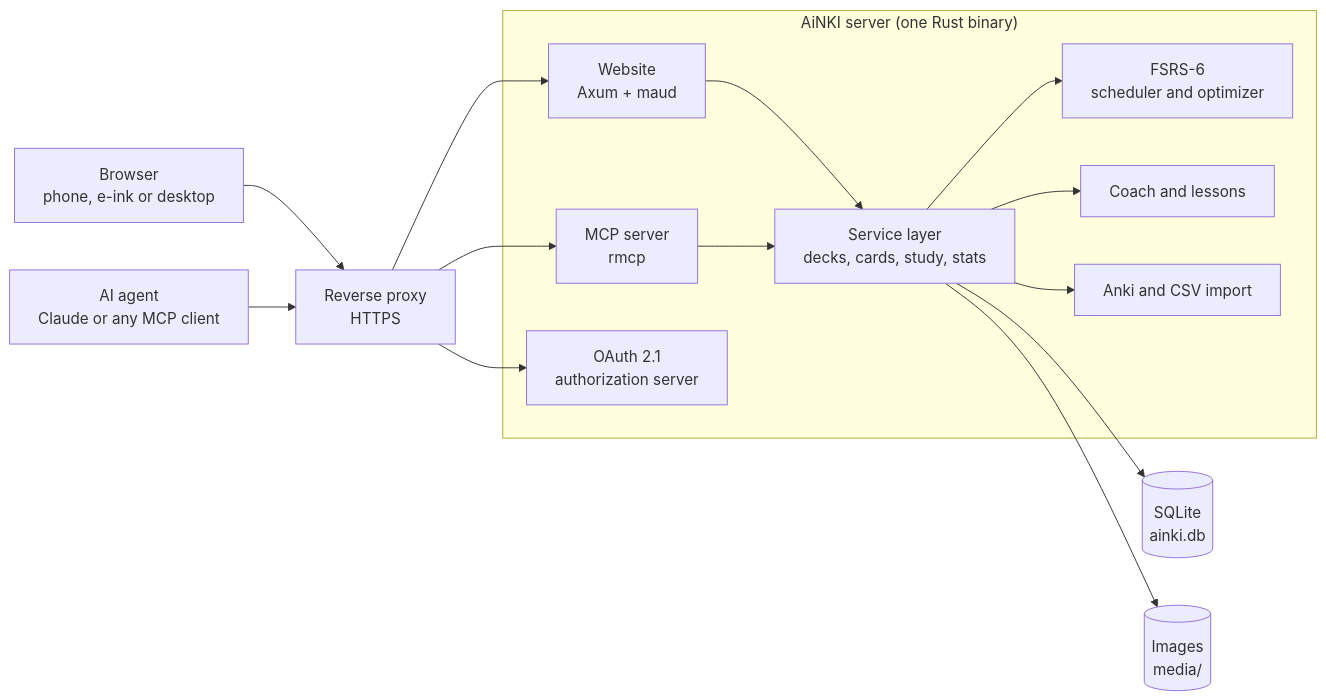
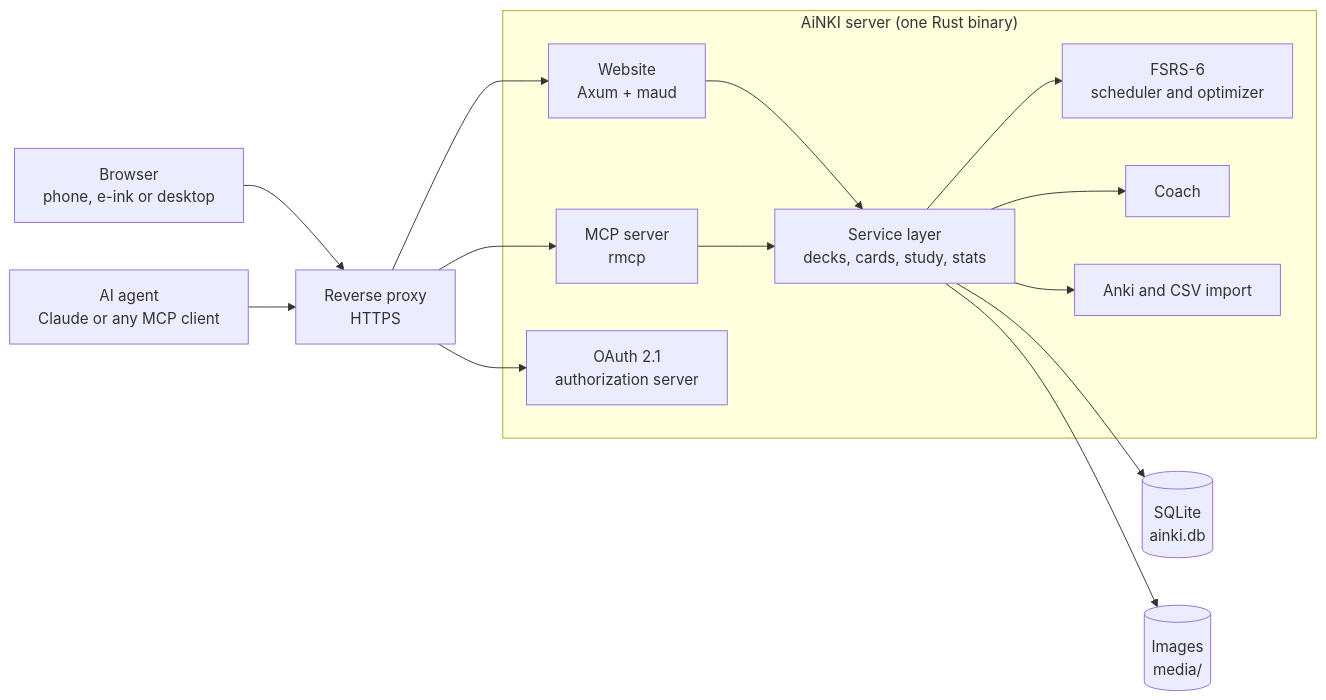
One commit to vdTwer/AiNKI changed the diagram in README.md. Above: the diagram before and after it, drawn with Mermaid. The commit also changed other lines of this file and 34 other files, not shown here.

````diff
--- a/README.md
+++ b/README.md
@@ -62,29 +61,29 @@
 ```mermaid
 flowchart LR
     browser["Browser<br/>phone, e-ink or desktop"]
     agent["AI agent<br/>Claude or any MCP client"]
     proxy["Reverse proxy<br/>HTTPS"]
     subgraph server["AiNKI server (one Rust binary)"]
         web["Website<br/>Axum + maud"]
         mcp["MCP server<br/>rmcp"]
         oauth["OAuth 2.1<br/>authorization server"]
         service["Service layer<br/>decks, cards, study, stats"]
         fsrs["FSRS-6<br/>scheduler and optimizer"]
-        coach["Coach and lessons"]
+        coach["Coach"]
         importer["Anki and CSV import"]
     end
     db[("SQLite<br/>ainki.db")]
     media[("Images<br/>media/")]
     browser --> proxy
     agent --> proxy
     proxy --> web
     proxy --> mcp
     proxy --> oauth
     web --> service
     mcp --> service
     service --> fsrs
     service --> coach
     service --> importer
     service --> db
     service --> media
 ```
````
